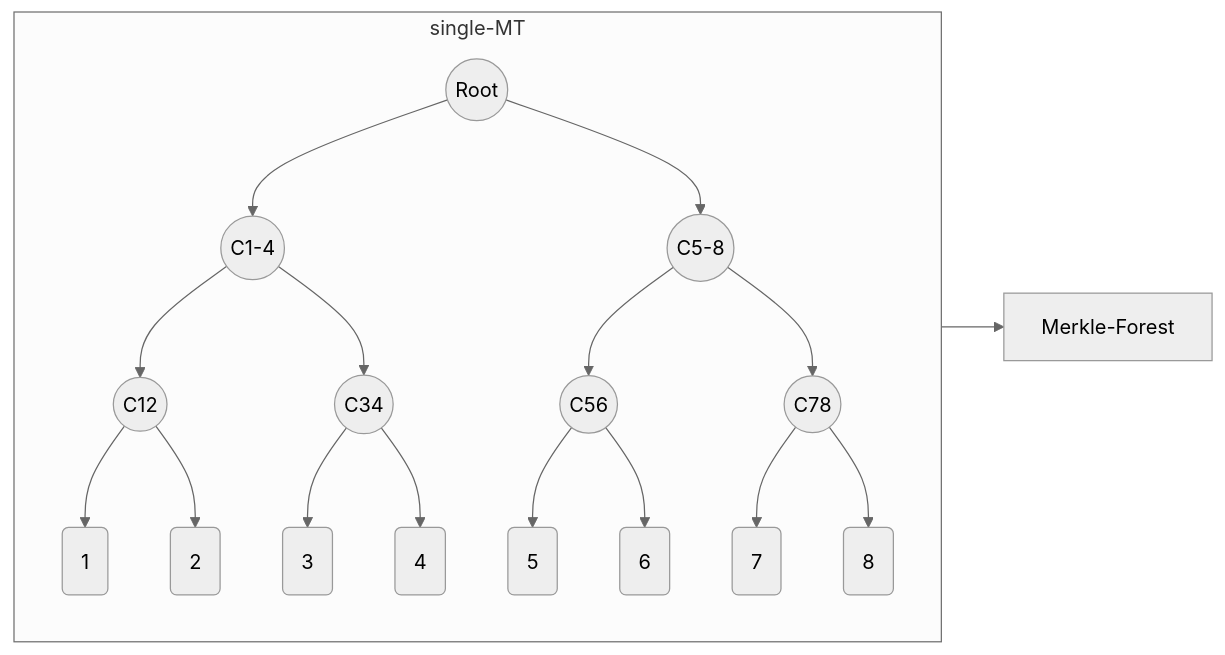
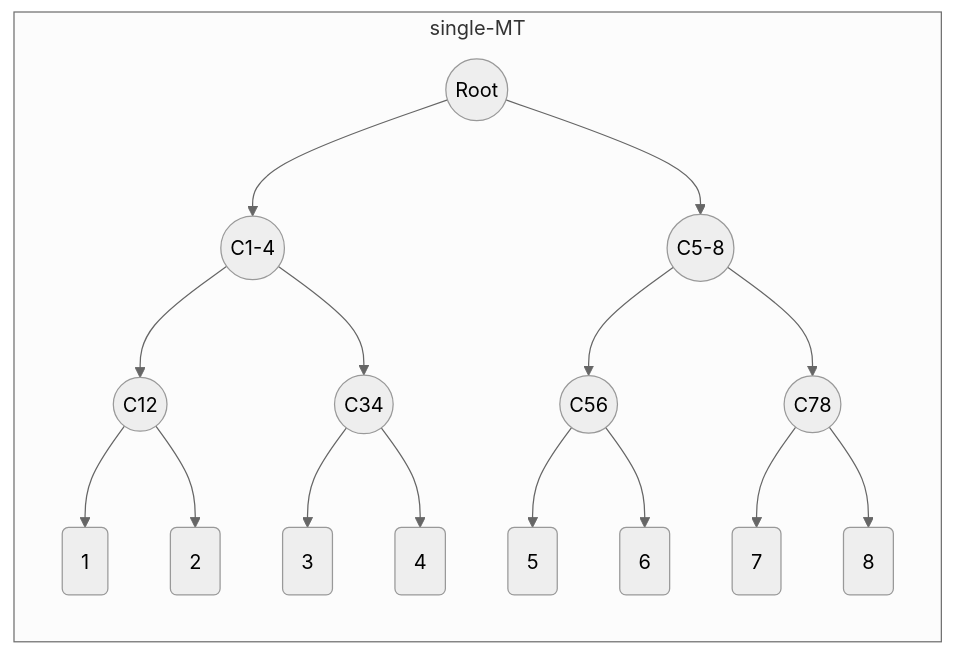
One commit to Poseidon-ZKP/merkle-forest changed the diagram in README.md. Above: the diagram before and after it, drawn with Mermaid (neutral theme).

````diff
--- a/README.md
+++ b/README.md
@@ -29,16 +29,12 @@
 ```mermaid
     graph LR;
         subgraph single-MT
             R((Root))-->C1234 & C5678;
             C1234((C1-4)) --> C12((C12)) & C34((C34));
             C5678((C5-8)) --> C56((C56)) & C78((C78));
             C12-->L1(1) & L2(2)
             C34-->L3(3) & L4(4)
             C56-->L5(5) & L6(6)
             C78-->L7(7) & L8(8)
         end
-
-        single-MT --> Merkle-Forest
-
-
 ```
````
